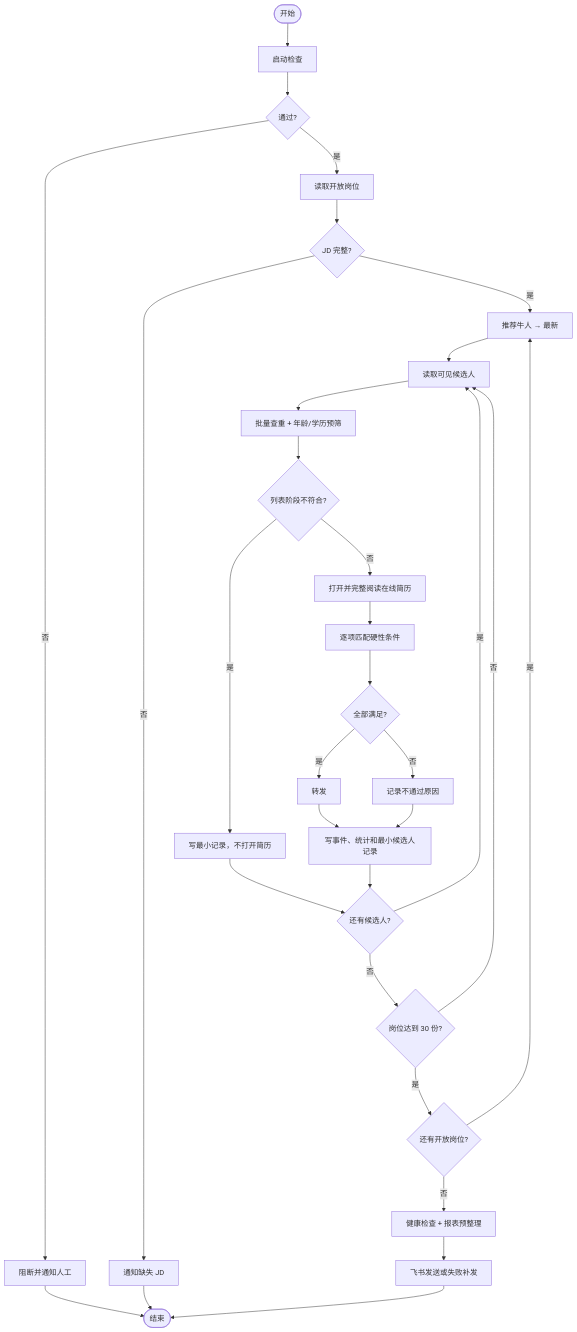
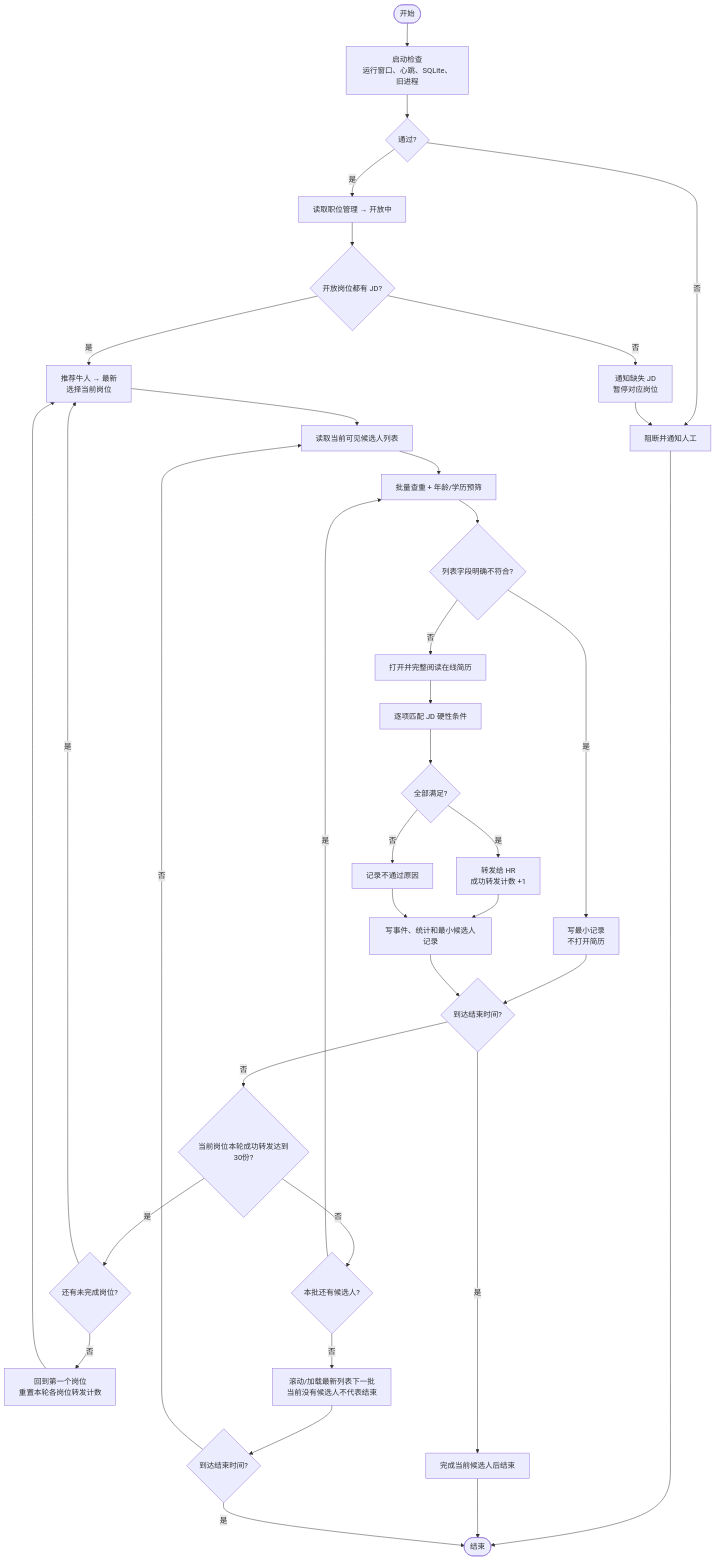
One commit to lbql-yhl/zhineng-zhaopin-jiqiren changed the diagram in docs/diagrams/screening-flow.mmd. Above: the diagram before and after it, drawn with Mermaid. The commit also changed 12 other files, not shown here.

```diff
--- a/docs/diagrams/screening-flow.mmd
+++ b/docs/diagrams/screening-flow.mmd
@@ -1,31 +1,32 @@
 flowchart TD
-    S([开始]) --> C[启动检查]
+    S([开始]) --> C[启动检查<br/>运行窗口、心跳、SQLite、旧进程]
     C --> H{通过?}
-    H -->|否| B[阻断并通知人工]
-    H -->|是| J[读取开放岗位]
-    J --> K{JD 完整?}
-    K -->|否| Q[通知缺失 JD]
-    K -->|是| W[推荐牛人 → 最新]
-    W --> L[读取可见候选人]
+    H -->|否| B[阻断并通知人工] --> Z([结束])
+    H -->|是| J[读取职位管理 → 开放中]
+    J --> K{开放岗位都有 JD?}
+    K -->|否| Q[通知缺失 JD<br/>暂停对应岗位] --> B
+    K -->|是| W[推荐牛人 → 最新<br/>选择当前岗位]
+    W --> L[读取当前可见候选人列表]
     L --> D[批量查重 + 年龄/学历预筛]
-    D --> G{列表阶段不符合?}
-    G -->|是| T[写最小记录，不打开简历]
+    D --> G{列表字段明确不符合?}
+    G -->|是| T[写最小记录<br/>不打开简历]
     G -->|否| V[打开并完整阅读在线简历]
-    V --> M[逐项匹配硬性条件]
+    V --> M[逐项匹配 JD 硬性条件]
     M --> Y{全部满足?}
-    Y -->|是| F[转发]
+    Y -->|是| F[转发给 HR<br/>成功转发计数 +1]
     Y -->|否| R[记录不通过原因]
     F --> T2[写事件、统计和最小候选人记录]
     R --> T2
-    T --> N{还有候选人?}
-    T2 --> N
-    N -->|是| L
-    N -->|否| E{岗位达到 30 份?}
-    E -->|否| L
-    E -->|是| P{还有开放岗位?}
+    T --> W2{到达结束时间?}
+    T2 --> W2
+    W2 -->|是| Z2[完成当前候选人后结束] --> Z
+    W2 -->|否| Q2{当前岗位本轮成功转发达到30份?}
+    Q2 -->|是| P{还有未完成岗位?}
     P -->|是| W
-    P -->|否| I[健康检查 + 报表预整理]
-    I --> O[飞书发送或失败补发]
-    O --> Z([结束])
-    B --> Z
-    Q --> Z
+    P -->|否| R1[回到第一个岗位<br/>重置本轮各岗位转发计数] --> W
+    Q2 -->|否| N{本批还有候选人?}
+    N -->|是| D
+    N -->|否| E[滚动/加载最新列表下一批<br/>当前没有候选人不代表结束]
+    E --> W3{到达结束时间?}
+    W3 -->|是| Z
+    W3 -->|否| L
```
